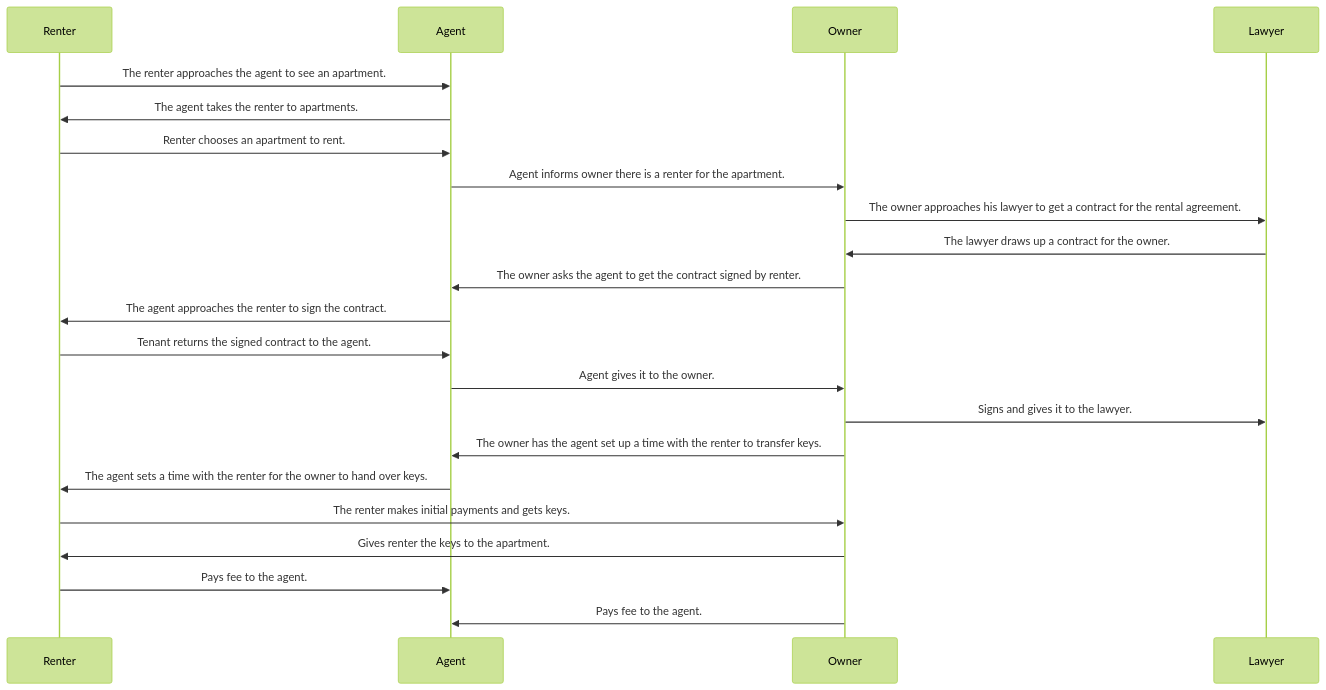
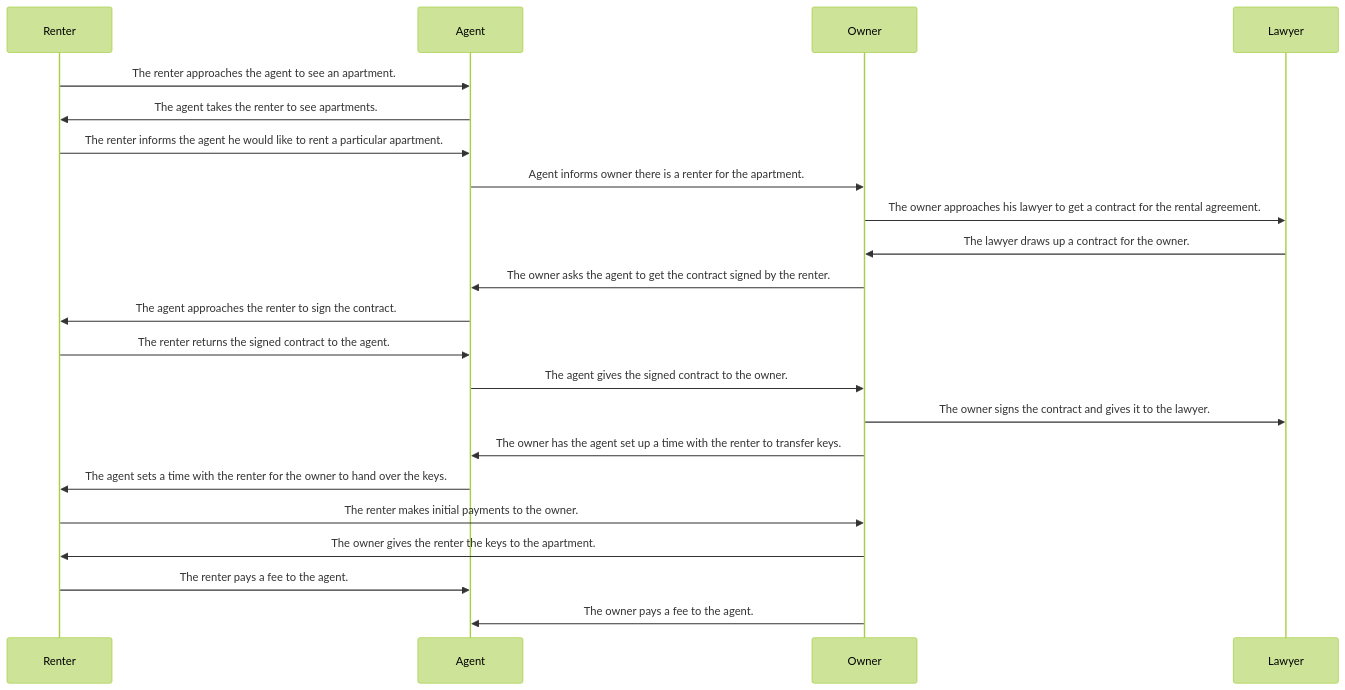
The diagram in student-work/2023/Sharon-Schnee/rental-sequence-diagram.md (yusale9/student-showcase), drawn with Mermaid (forest theme) before and after one commit.

Commit message:
Update rental-sequence-diagram.md
final updates to sequence

````diff
--- a/student-work/2023/Sharon-Schnee/rental-sequence-diagram.md
+++ b/student-work/2023/Sharon-Schnee/rental-sequence-diagram.md
@@ -3,20 +3,20 @@
 ```mermaid
    sequenceDiagram
    Renter->>Agent: The renter approaches the agent to see an apartment.
-    Agent->>Renter: The agent takes the renter to apartments.
-   Renter->>Agent: Renter chooses an apartment to rent.
+    Agent->>Renter: The agent takes the renter to see apartments.
+   Renter->>Agent: The renter informs the agent he would like to rent a particular apartment.
    Agent->>Owner: Agent informs owner there is a renter for the apartment.
    Owner->>Lawyer: The owner approaches his lawyer to get a contract for the rental agreement.
    Lawyer->>Owner: The lawyer draws up a contract for the owner.
-   Owner->>Agent: The owner asks the agent to get the contract signed by renter.
+   Owner->>Agent: The owner asks the agent to get the contract signed by the renter.
    Agent->>Renter: The agent approaches the renter to sign the contract.
-   Renter->>Agent: Tenant returns the signed contract to the agent.
-   Agent->> Owner: Agent gives it to the owner.
-   Owner->>Lawyer: Signs and gives it to the lawyer.
+   Renter->>Agent: The renter returns the signed contract to the agent.
+   Agent->> Owner: The agent gives the signed contract to the owner.
+   Owner->>Lawyer: The owner signs the contract and gives it to the lawyer.
    Owner->>Agent: The owner has the agent set up a time with the renter to transfer keys.
-   Agent->>Renter: The agent sets a time with the renter for the owner to hand over keys.
-   Renter->>Owner: The renter makes initial payments and gets keys.
-   Owner->>Renter: Gives renter the keys to the apartment.
-   Renter->>Agent: Pays fee to the agent.
-   Owner->>Agent: Pays fee to the agent.
+   Agent->>Renter: The agent sets a time with the renter for the owner to hand over the keys.
+   Renter->>Owner: The renter makes initial payments to the owner.
+   Owner->>Renter: The owner gives the renter the keys to the apartment.
+   Renter->>Agent: The renter pays a fee to the agent.
+   Owner->>Agent: The owner pays a fee to the agent.
    ```
````
